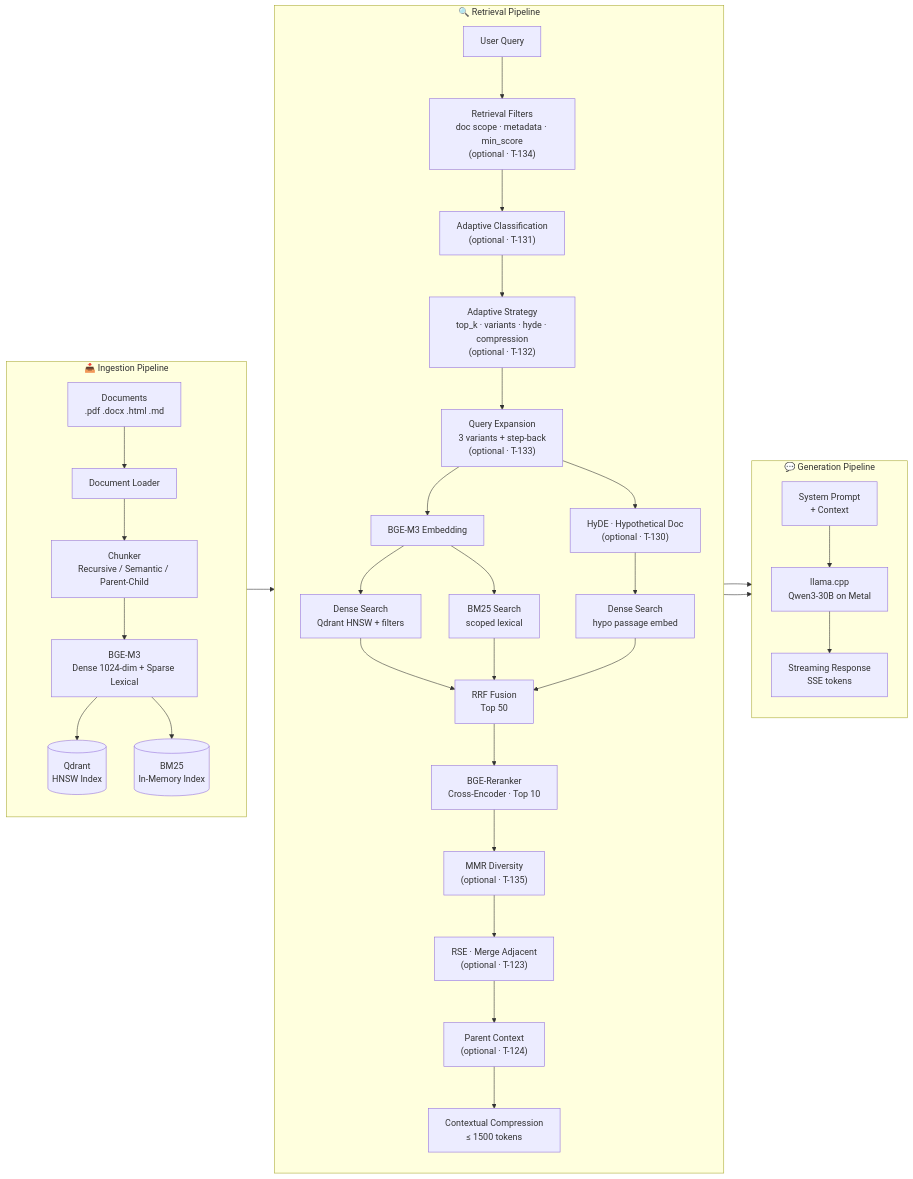
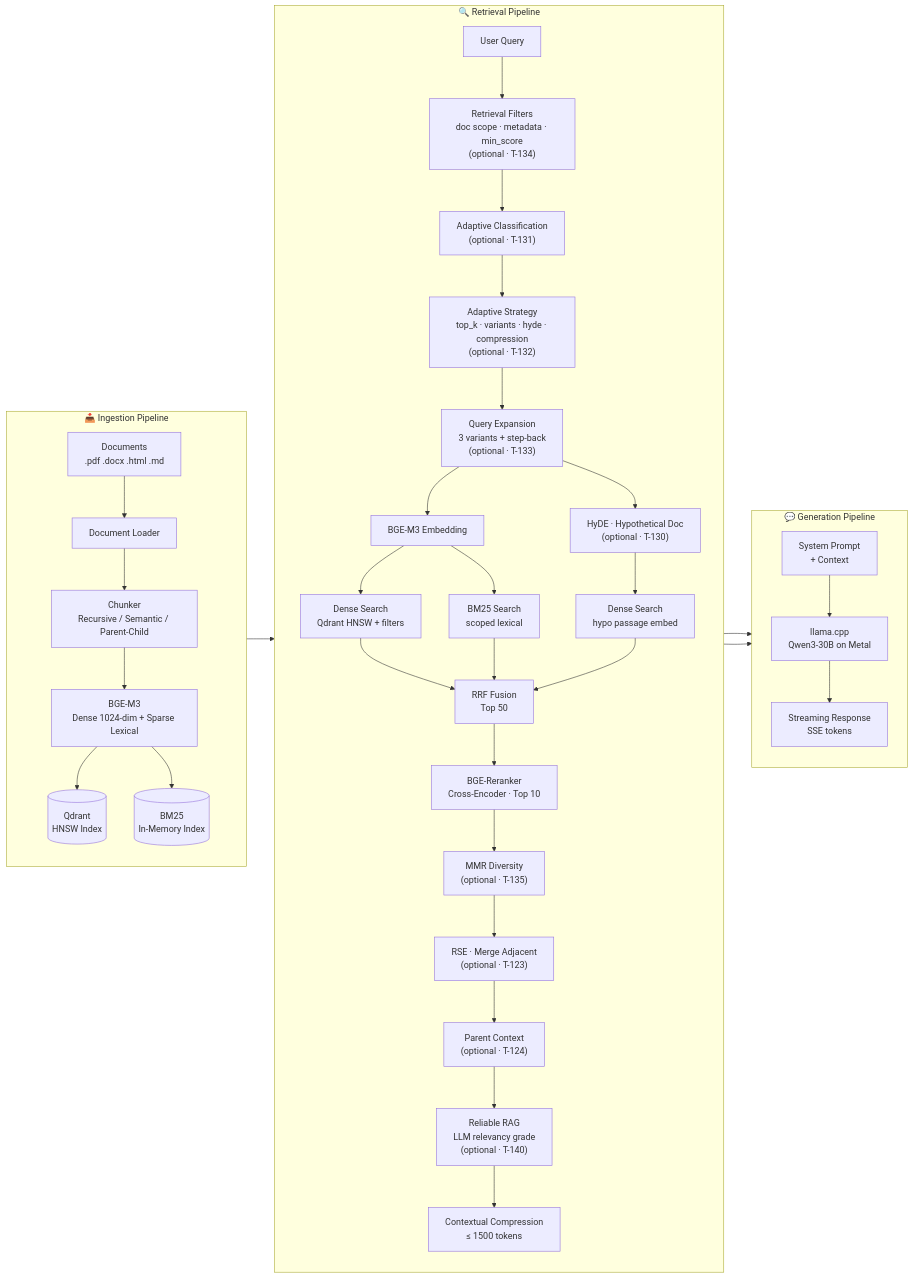
Before and after one commit to ealbertoav/rag_platform: the first of 10 diagrams in README.md, drawn with Mermaid. The commit also changed other lines of this file and 10 other files, not shown here.

First line of the commit message:
feat: add Reliable RAG relevancy grading for improved chunk filtering

````diff
--- a/README.md
+++ b/README.md
@@ -49,42 +51,43 @@
 ```mermaid
 flowchart LR
     subgraph INGEST["📥 Ingestion Pipeline"]
         direction TB
         D["Documents<br/>.pdf .docx .html .md"] --> L[Document Loader]
         L --> C["Chunker<br/>Recursive / Semantic / Parent-Child"]
         C --> E["BGE-M3<br/>Dense 1024-dim + Sparse Lexical"]
         E --> Q[("Qdrant<br/>HNSW Index")]
         E --> B[("BM25<br/>In-Memory Index")]
     end
 
     subgraph RETRIEVE["🔍 Retrieval Pipeline"]
         direction TB
         QX["User Query"] --> FILT["Retrieval Filters<br/>doc scope · metadata · min_score<br/>(optional · T-134)"]
         FILT --> ADAPT["Adaptive Classification<br/>(optional · T-131)"]
         ADAPT --> STRAT["Adaptive Strategy<br/>top_k · variants · hyde · compression<br/>(optional · T-132)"]
         STRAT --> EXP["Query Expansion<br/>3 variants + step-back<br/>(optional · T-133)"]
         EXP --> EM[BGE-M3 Embedding]
         EXP --> HYDE["HyDE · Hypothetical Doc<br/>(optional · T-130)"]
         HYDE --> DS2["Dense Search<br/>hypo passage embed"]
         EM --> DS["Dense Search<br/>Qdrant HNSW + filters"]
         EM --> BS["BM25 Search<br/>scoped lexical"]
         DS --> RF["RRF Fusion<br/>Top 50"]
         DS2 --> RF
         BS --> RF
         RF --> RR["BGE-Reranker<br/>Cross-Encoder · Top 10"]
         RR --> DIV["MMR Diversity<br/>(optional · T-135)"]
         DIV --> RSE["RSE · Merge Adjacent<br/>(optional · T-123)"]
         RSE --> PC["Parent Context<br/>(optional · T-124)"]
-        PC --> CC["Contextual Compression<br/>≤ 1500 tokens"]
+        PC --> RRAG["Reliable RAG<br/>LLM relevancy grade<br/>(optional · T-140)"]
+        RRAG --> CC["Contextual Compression<br/>≤ 1500 tokens"]
     end
 
     subgraph GENERATE["💬 Generation Pipeline"]
         direction TB
         CC --> PR["System Prompt<br/>+ Context"]
         PR --> LLM["llama.cpp<br/>Qwen3-30B on Metal"]
         LLM --> SSE["Streaming Response<br/>SSE tokens"]
     end
 
     INGEST --> RETRIEVE
     RETRIEVE --> GENERATE
 ```
````
